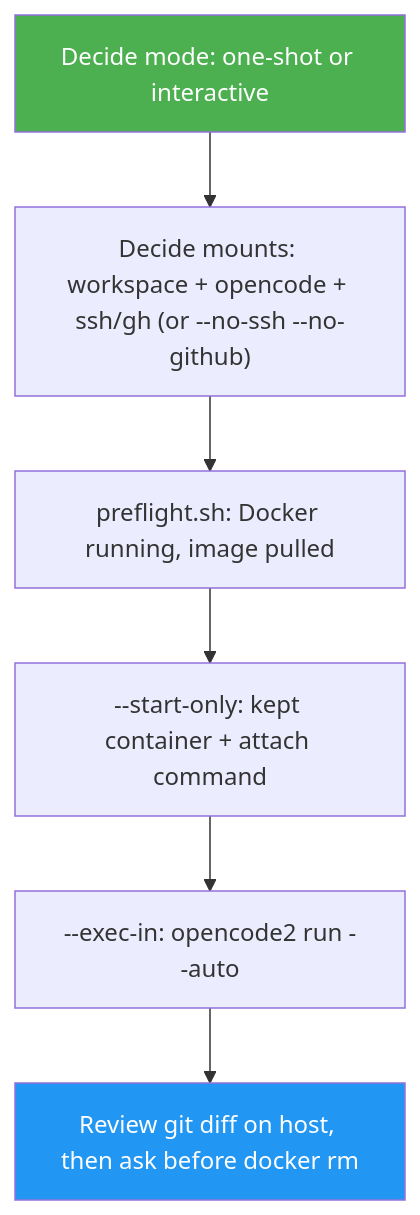
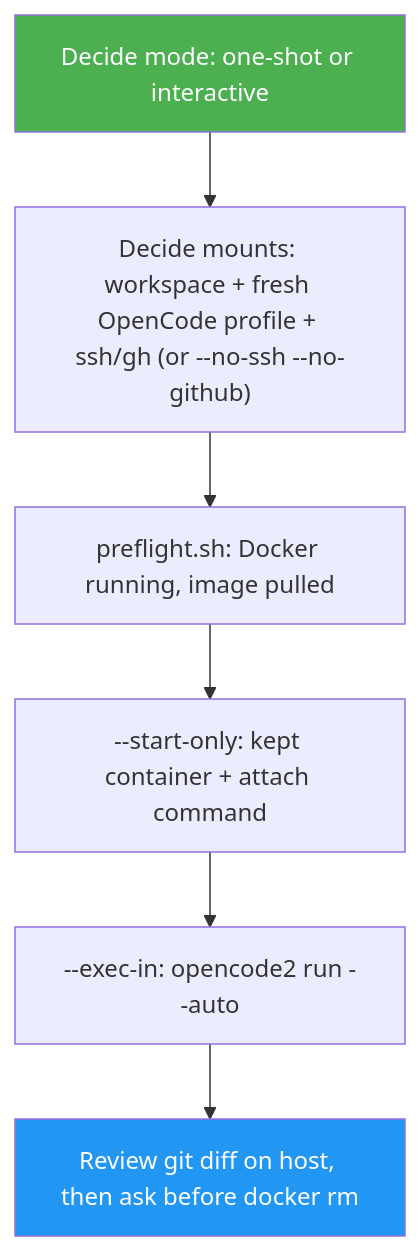
One commit to luongnv89/skills changed the diagram in skills/opencode-sandbox/docs/README.md. Above: the diagram before and after it, drawn with Mermaid. The commit also changed other lines of this file and 10 other files, not shown here.

Commit message:
fix: isolate OpenCode profile by default

````diff
--- a/skills/opencode-sandbox/docs/README.md
+++ b/skills/opencode-sandbox/docs/README.md
@@ -30,10 +30,10 @@
 ```mermaid
 graph TD
-    A["Decide mode: one-shot or interactive"] --> B["Decide mounts: workspace + opencode + ssh/gh (or --no-ssh --no-github)"]
+    A["Decide mode: one-shot or interactive"] --> B["Decide mounts: workspace + fresh OpenCode profile + ssh/gh (or --no-ssh --no-github)"]
     B --> C["preflight.sh: Docker running, image pulled"]
     C --> D["--start-only: kept container + attach command"]
     D --> E["--exec-in: opencode2 run --auto"]
     E --> F["Review git diff on host, then ask before docker rm"]
     style A fill:#4CAF50,color:#fff
     style F fill:#2196F3,color:#fff
 ```
````
